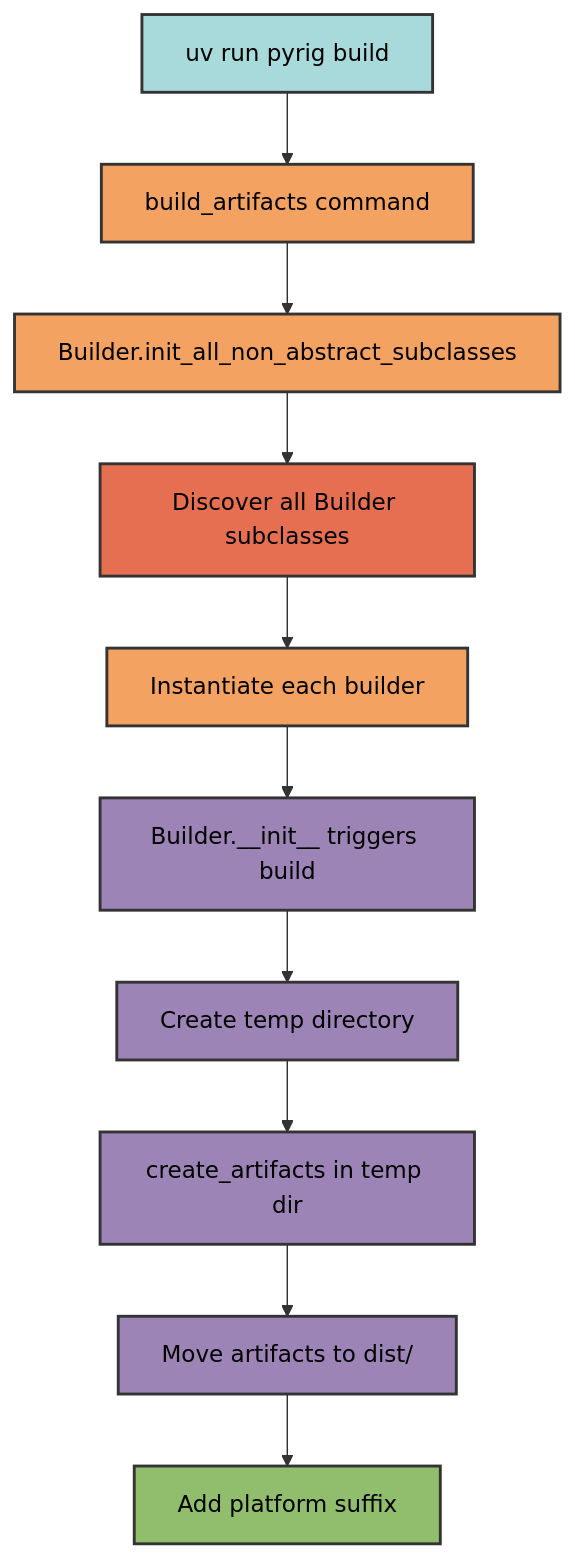
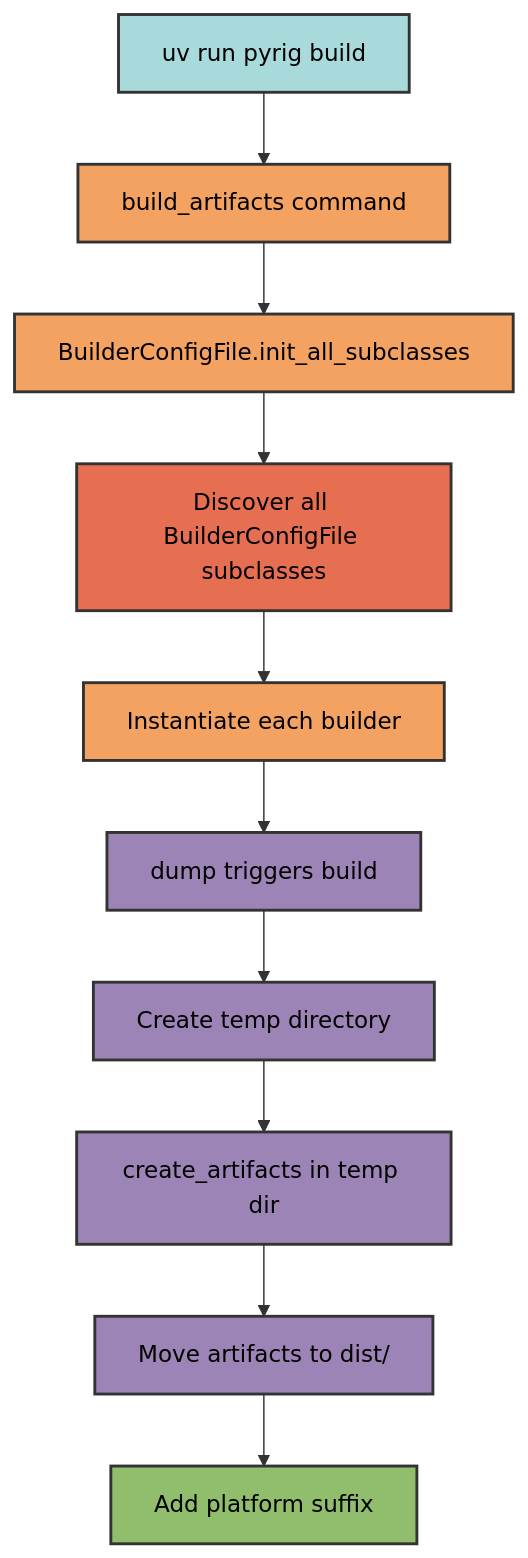
Before and after one commit to Winipedia/pyrig: the first of 2 diagrams in docs/builders/architecture.md, drawn with Mermaid. The commit also changed other lines of this file and 55 other files, not shown here.

````diff
--- a/docs/builders/architecture.md
+++ b/docs/builders/architecture.md
@@ -8,23 +9,23 @@
 ```mermaid
 graph TD
     A[uv run pyrig build] --> B[build_artifacts command]
-    B --> C[Builder.init_all_non_abstract_subclasses]
-    C --> D[Discover all Builder subclasses]
+    B --> C[BuilderConfigFile.init_all_subclasses]
+    C --> D[Discover all BuilderConfigFile subclasses]
     D --> E[Instantiate each builder]
-    E --> F[Builder.__init__ triggers build]
+    E --> F[dump triggers build]
     F --> G[Create temp directory]
     G --> H[create_artifacts in temp dir]
     H --> I[Move artifacts to dist/]
     I --> J[Add platform suffix]
 
     style A fill:#a8dadc,stroke:#333,stroke-width:2px,color:#000
     style B fill:#f4a261,stroke:#333,stroke-width:2px,color:#000
     style C fill:#f4a261,stroke:#333,stroke-width:2px,color:#000
     style D fill:#e76f51,stroke:#333,stroke-width:2px,color:#000
     style E fill:#f4a261,stroke:#333,stroke-width:2px,color:#000
     style F fill:#9d84b7,stroke:#333,stroke-width:2px,color:#000
     style G fill:#9d84b7,stroke:#333,stroke-width:2px,color:#000
     style H fill:#9d84b7,stroke:#333,stroke-width:2px,color:#000
     style I fill:#9d84b7,stroke:#333,stroke-width:2px,color:#000
     style J fill:#90be6d,stroke:#333,stroke-width:2px,color:#000
 ```
````
